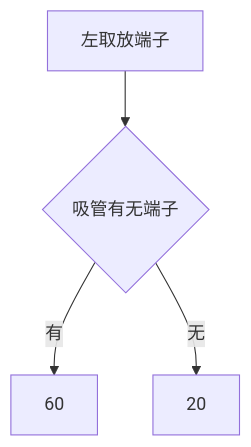
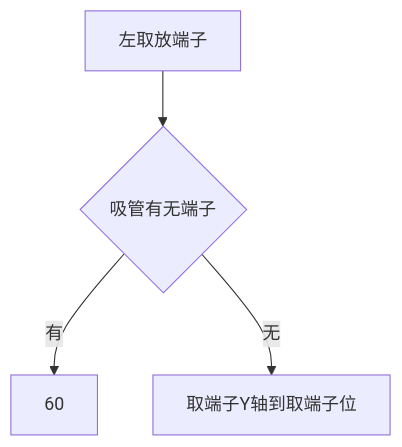
The diagram in all/VR-OP90左取放端子.md (zmq000/iodraw-files), drawn with Mermaid before and after one commit.

Commit message:
2026-06-18 10:34:36 update

````diff
--- a/all/VR-OP90左取放端子.md
+++ b/all/VR-OP90左取放端子.md
@@ -1,7 +1,7 @@
 ```mermaid
 graph TD
 0[左取放端子]-->10
 10{吸管有无端子}-->|有|60
 10-->|无|20
-
+20[取端子Y轴到取端子位]
 ```
````
